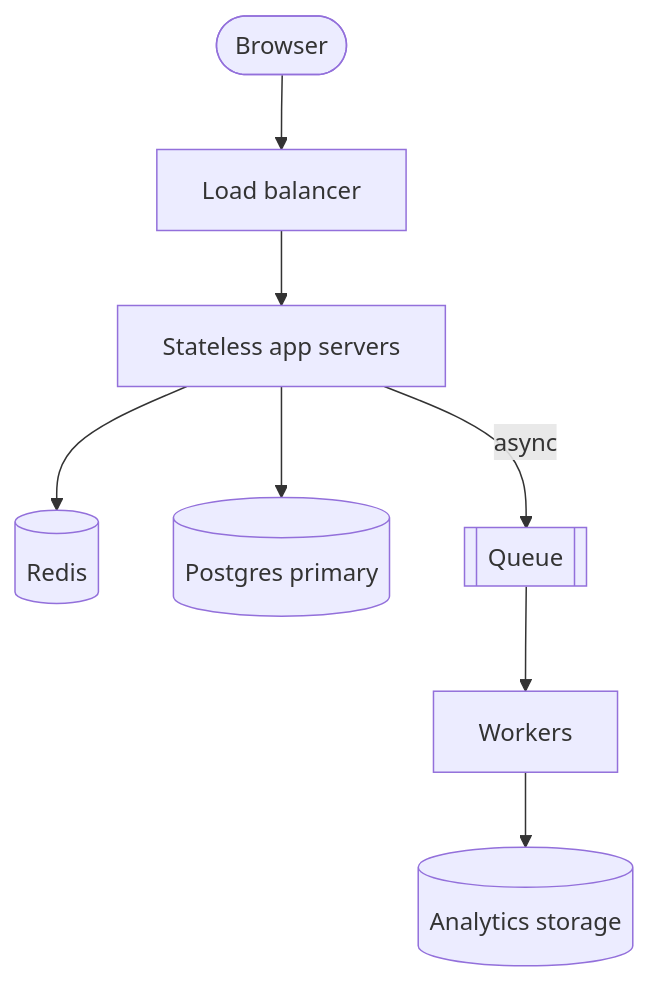
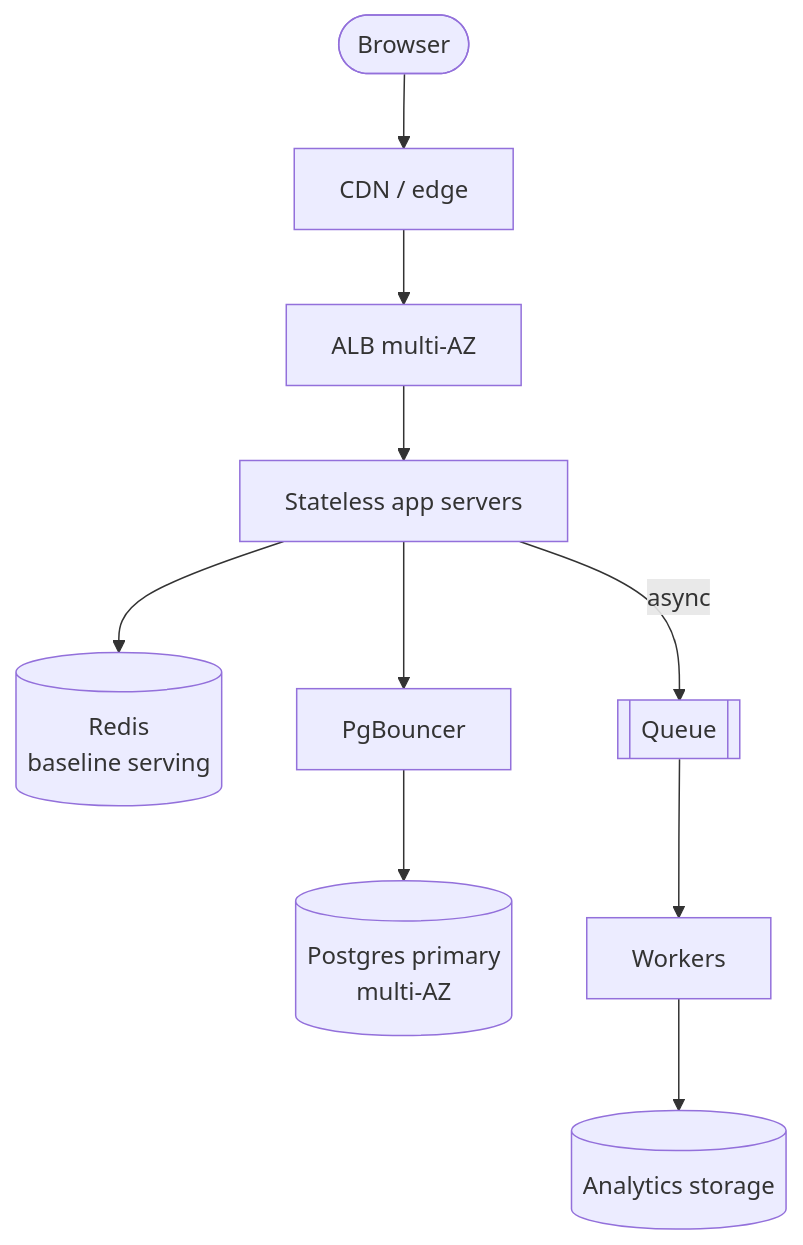
Before and after one commit to jdelpino-dev/reverb_code_extension_jmd: the fifth of 8 diagrams in systems-design-interview/01-01-tinyurl-walkthrough.md, drawn with Mermaid. The commit also changed other lines of this file, not shown here.

````diff
--- a/systems-design-interview/01-01-tinyurl-walkthrough.md
+++ b/systems-design-interview/01-01-tinyurl-walkthrough.md
@@ -579,10 +897,12 @@
 ```mermaid
 flowchart TD
-  Client([Browser]) --> LB[Load balancer]
+  Client([Browser]) --> CDN[CDN / edge]
+  CDN --> LB[ALB multi-AZ]
   LB --> App[Stateless app servers]
-  App --> Redis[(Redis)]
-  App --> PG[(Postgres primary)]
+  App --> Redis[(Redis<br/>baseline serving)]
+  App --> Pool[PgBouncer]
+  Pool --> PG[(Postgres primary<br/>multi-AZ)]
   App -->|async| Queue[[Queue]]
   Queue --> Workers[Workers]
   Workers --> AStore[(Analytics storage)]
 ```
````
